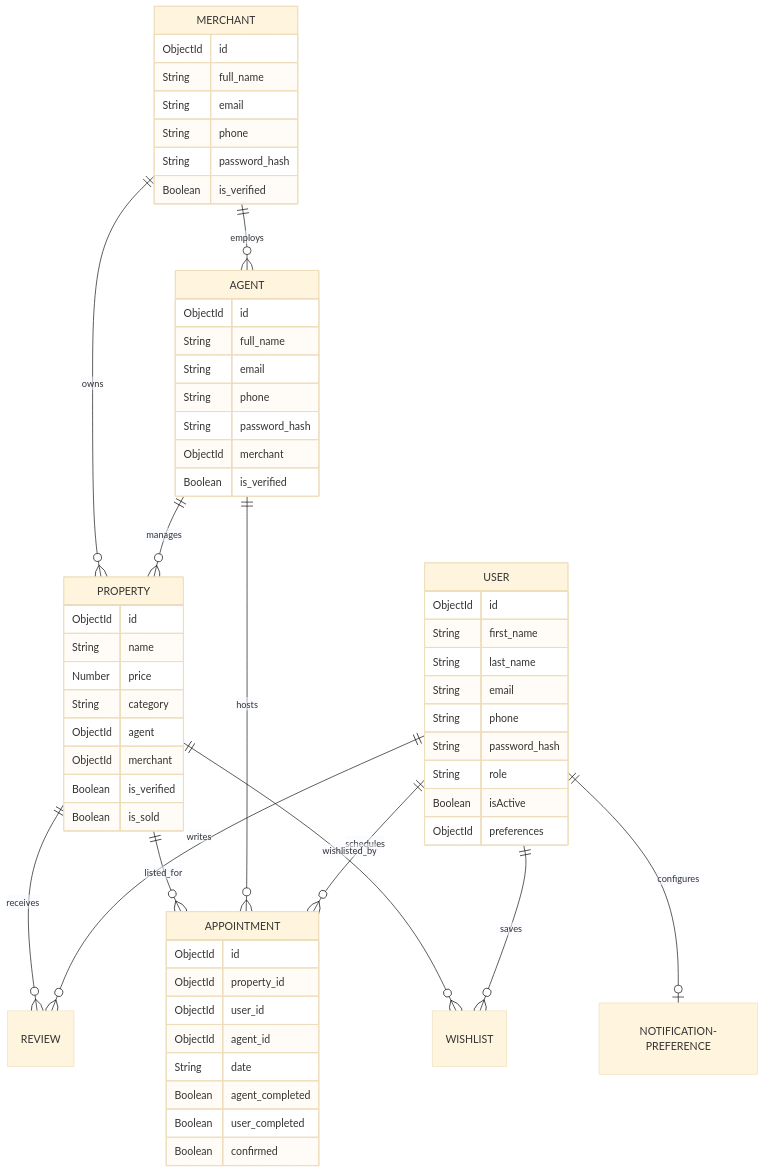
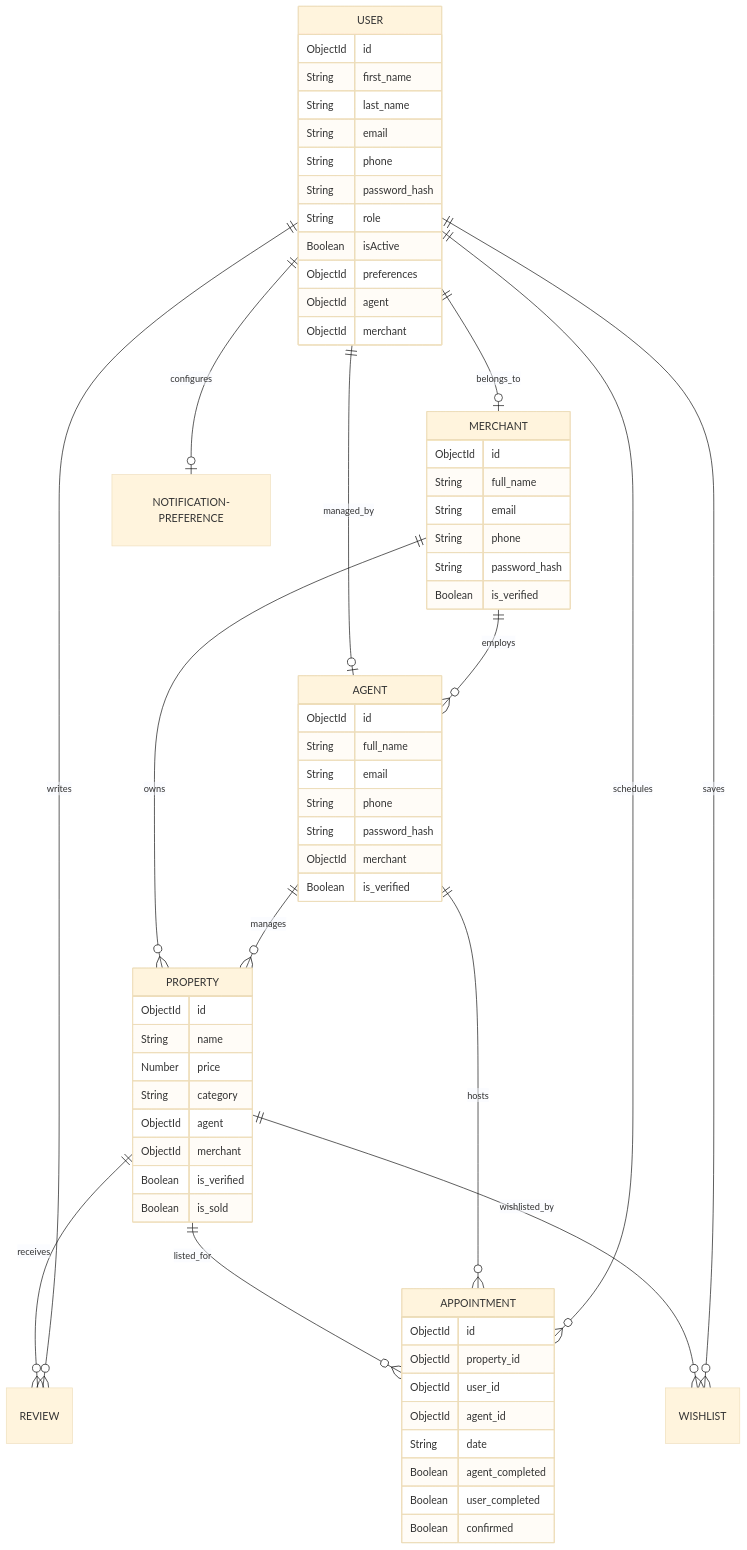
Before and after one commit to johnakpaojonugwa/property-api: the second of 3 diagrams in codebase_documentation.md, drawn with Mermaid (base theme). The commit also changed other lines of this file, not shown here.

````diff
--- a/codebase_documentation.md
+++ b/codebase_documentation.md
@@ -94,63 +95,67 @@
 ```mermaid
 erDiagram
     MERCHANT ||--o{ AGENT : "employs"
     AGENT ||--o{ PROPERTY : "manages"
     MERCHANT ||--o{ PROPERTY : "owns"
     USER ||--o{ APPOINTMENT : "schedules"
     AGENT ||--o{ APPOINTMENT : "hosts"
     PROPERTY ||--o{ APPOINTMENT : "listed_for"
     USER ||--o{ REVIEW : "writes"
     PROPERTY ||--o{ REVIEW : "receives"
     USER ||--o{ WISHLIST : "saves"
     PROPERTY ||--o{ WISHLIST : "wishlisted_by"
     USER ||--o| NOTIFICATION-PREFERENCE : "configures"
+    USER ||--o| AGENT : "managed_by"
+    USER ||--o| MERCHANT : "belongs_to"
 
     USER {
         ObjectId id
         String first_name
         String last_name
         String email
         String phone
         String password_hash
         String role
         Boolean isActive
         ObjectId preferences
+        ObjectId agent
+        ObjectId merchant
     }
     AGENT {
         ObjectId id
         String full_name
         String email
         String phone
         String password_hash
         ObjectId merchant
         Boolean is_verified
     }
     MERCHANT {
         ObjectId id
         String full_name
         String email
         String phone
         String password_hash
         Boolean is_verified
     }
     PROPERTY {
         ObjectId id
         String name
         Number price
         String category
         ObjectId agent
         ObjectId merchant
         Boolean is_verified
         Boolean is_sold
     }
     APPOINTMENT {
         ObjectId id
         ObjectId property_id
         ObjectId user_id
         ObjectId agent_id
         String date
         Boolean agent_completed
         Boolean user_completed
         Boolean confirmed
     }
 ```
````
